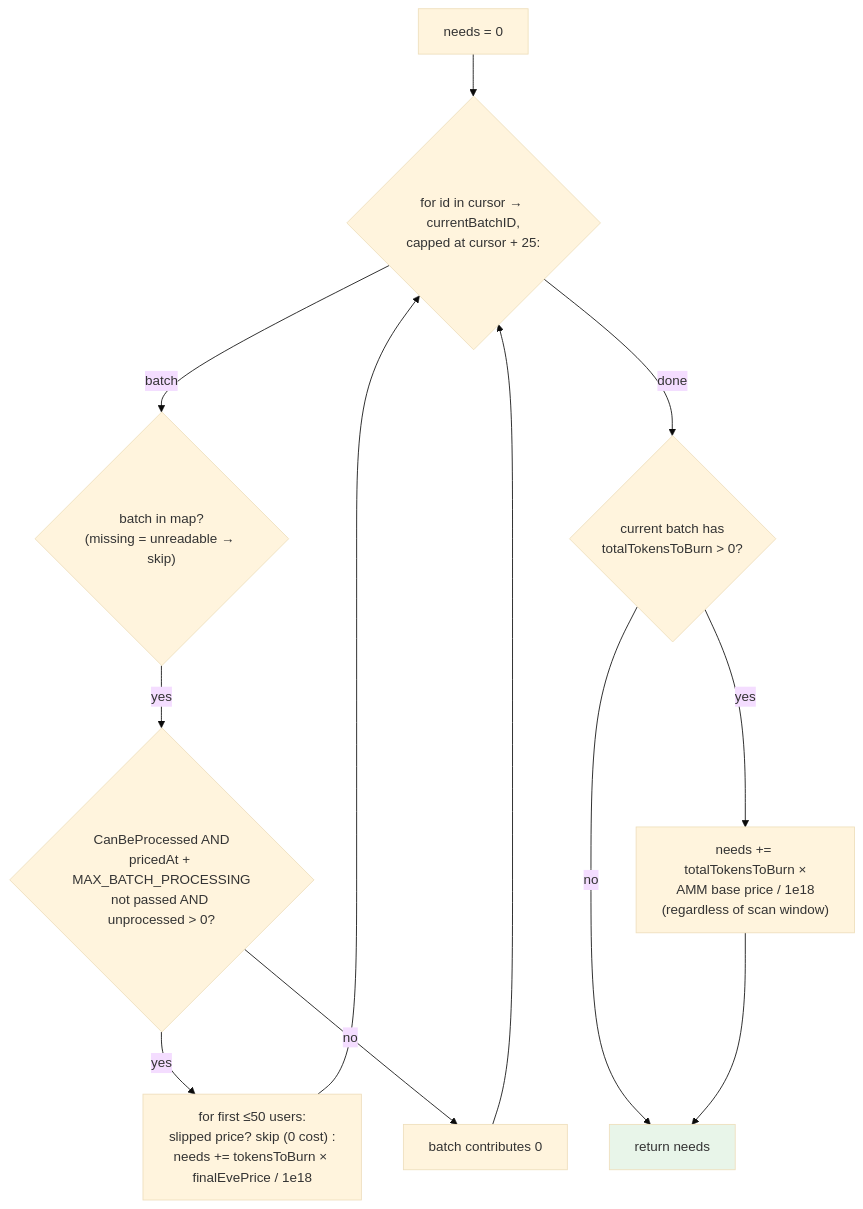
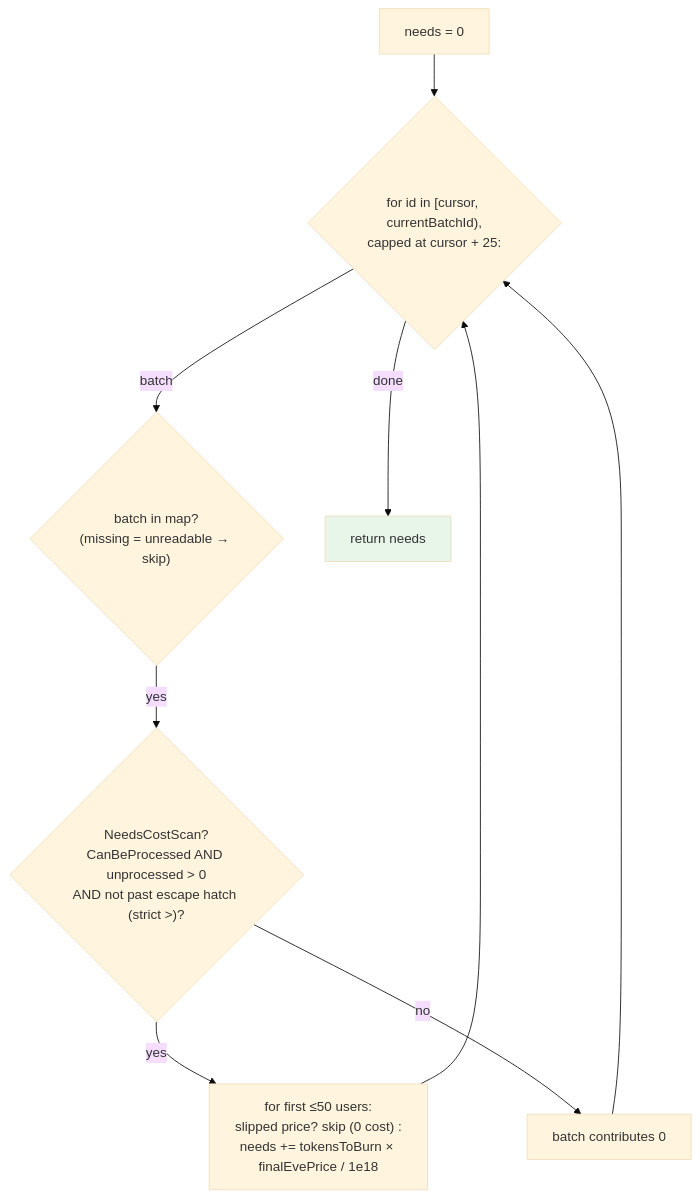
One commit to everstrat-xyz/keepers changed the fourth of 4 diagrams in blueprints/03-w2-strategy-keeper.md. Above: the diagram before and after it, drawn with Mermaid (base theme). The commit also changed other lines of this file and 16 other files, not shown here.

Commit message:
fix: w1 batch candidate selection + w2 ETH needs scan

````diff
--- a/blueprints/03-w2-strategy-keeper.md
+++ b/blueprints/03-w2-strategy-keeper.md
@@ -100,16 +117,13 @@
 ```mermaid
 flowchart TB
-    S["needs = 0"] --> L1{"for id in cursor → currentBatchID,<br/>capped at cursor + 25:"}
+    S["needs = 0"] --> L1{"for id in [cursor, currentBatchId),<br/>capped at cursor + 25:"}
     L1 -- "batch" --> G{"batch in map?<br/>(missing = unreadable → skip)"}
-    G -- "yes" --> H{"CanBeProcessed AND<br/>pricedAt + MAX_BATCH_PROCESSING<br/>not passed AND unprocessed &gt; 0?"}
+    G -- "yes" --> H{"NeedsCostScan?<br/>CanBeProcessed AND unprocessed &gt; 0<br/>AND not past escape hatch (strict &gt;)?"}
     H -- "yes" --> W["for first ≤50 users:<br/>slipped price? skip (0 cost) :<br/>needs += tokensToBurn × finalEvePrice / 1e18"]
     H -- "no" --> NX["batch contributes 0"]
     W --> L1
     NX --> L1
-    L1 -- "done" --> CB{"current batch has<br/>totalTokensToBurn &gt; 0?"}
-    CB -- "yes" --> CBN["needs += totalTokensToBurn ×<br/>AMM base price / 1e18<br/>(regardless of scan window)"]
-    CB -- "no" --> E["return needs"]
-    CBN --> E
+    L1 -- "done" --> E["return needs"]
 
     style E fill:#e8f5e9
 ```
````
